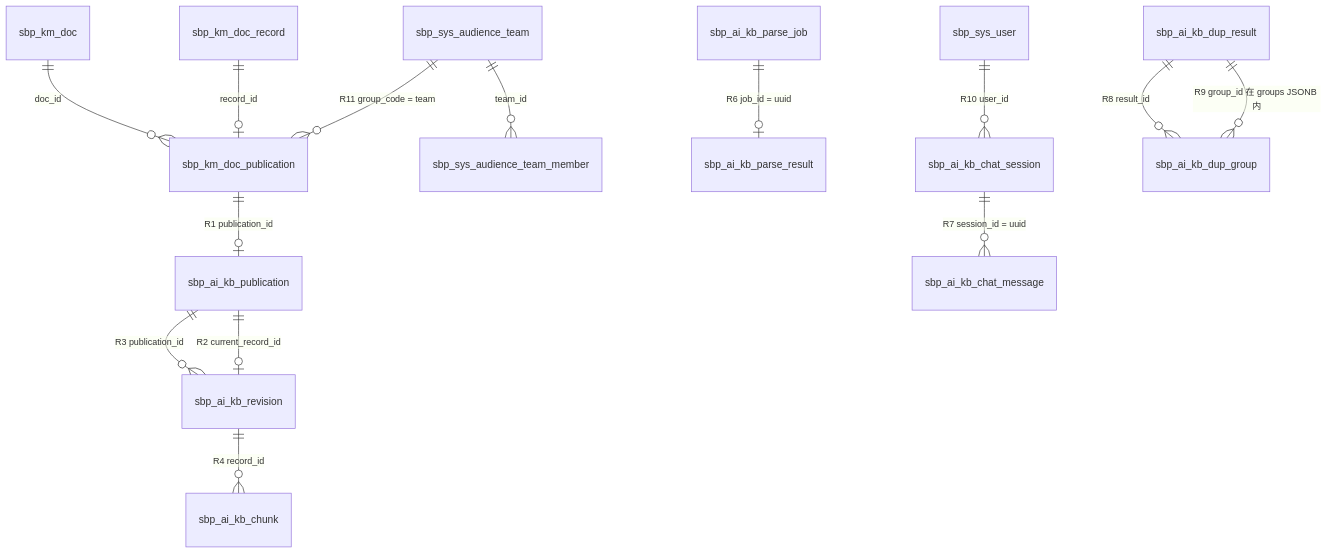
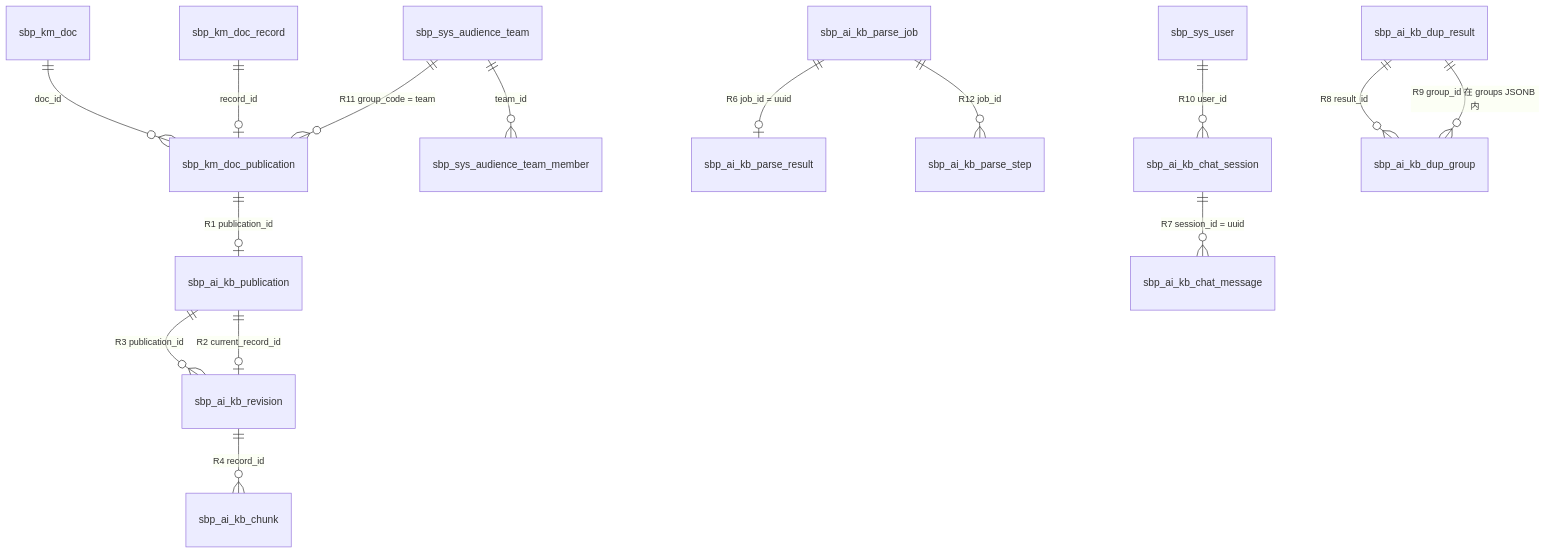
The diagram in 00-document/05-服务大脑AI项目功能模块说明文档/03-知识平台/02-数据模型与表关系.md (pmozx/destlive.yidatec.azbrainagentservice), drawn with Mermaid before and after one commit. The commit also changed other lines of this file and 72 other files, not shown here.

````diff
--- a/00-document/05-服务大脑AI项目功能模块说明文档/03-知识平台/02-数据模型与表关系.md
+++ b/00-document/05-服务大脑AI项目功能模块说明文档/03-知识平台/02-数据模型与表关系.md
@@ -49,16 +51,17 @@
 ```mermaid
 erDiagram
     sbp_km_doc ||--o{ sbp_km_doc_publication : "doc_id"
     sbp_km_doc_record ||--o| sbp_km_doc_publication : "record_id"
     sbp_sys_audience_team ||--o{ sbp_sys_audience_team_member : "team_id"
     sbp_sys_audience_team ||--o{ sbp_km_doc_publication : "R11 group_code = team"
     sbp_km_doc_publication ||--o| sbp_ai_kb_publication : "R1 publication_id"
     sbp_ai_kb_publication ||--o{ sbp_ai_kb_revision : "R3 publication_id"
     sbp_ai_kb_publication ||--o| sbp_ai_kb_revision : "R2 current_record_id"
     sbp_ai_kb_revision ||--o{ sbp_ai_kb_chunk : "R4 record_id"
     sbp_ai_kb_parse_job ||--o| sbp_ai_kb_parse_result : "R6 job_id = uuid"
+    sbp_ai_kb_parse_job ||--o{ sbp_ai_kb_parse_step : "R12 job_id"
     sbp_ai_kb_chat_session ||--o{ sbp_ai_kb_chat_message : "R7 session_id = uuid"
     sbp_ai_kb_dup_result ||--o{ sbp_ai_kb_dup_group : "R8 result_id"
     sbp_ai_kb_dup_result ||--o{ sbp_ai_kb_dup_group : "R9 group_id 在 groups JSONB 内"
     sbp_sys_user ||--o{ sbp_ai_kb_chat_session : "R10 user_id"
 ```
````
